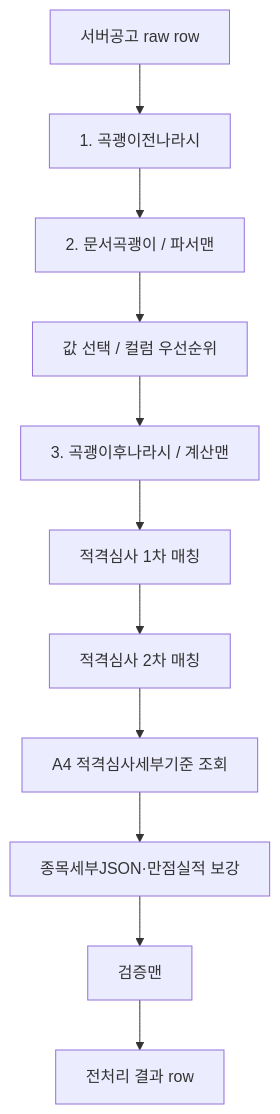
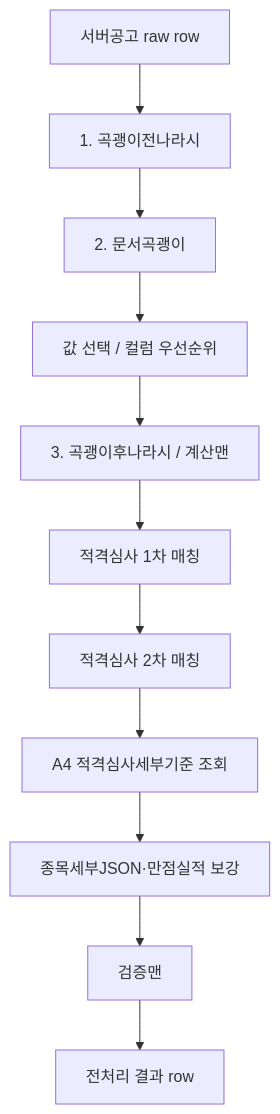
One commit to soonong/lastgonggo changed the diagram in docs/02_작업흐름.md. Above: the diagram before and after it, drawn with Mermaid. The commit also changed other lines of this file and 18 other files, not shown here.

````diff
--- a/docs/02_작업흐름.md
+++ b/docs/02_작업흐름.md
@@ -44,13 +44,13 @@
 ```mermaid
 flowchart TD
   A["서버공고 raw row"] --> B["1. 곡괭이전나라시"]
-  B --> C["2. 문서곡괭이 / 파서맨"]
+  B --> C["2. 문서곡괭이"]
   C --> D["값 선택 / 컬럼 우선순위"]
   D --> E["3. 곡괭이후나라시 / 계산맨"]
   E --> F["적격심사 1차 매칭"]
   F --> G["적격심사 2차 매칭"]
   G --> H["A4 적격심사세부기준 조회"]
   H --> I["종목세부JSON·만점실적 보강"]
   I --> J["검증맨"]
   J --> K["전처리 결과 row"]
 ```
````
